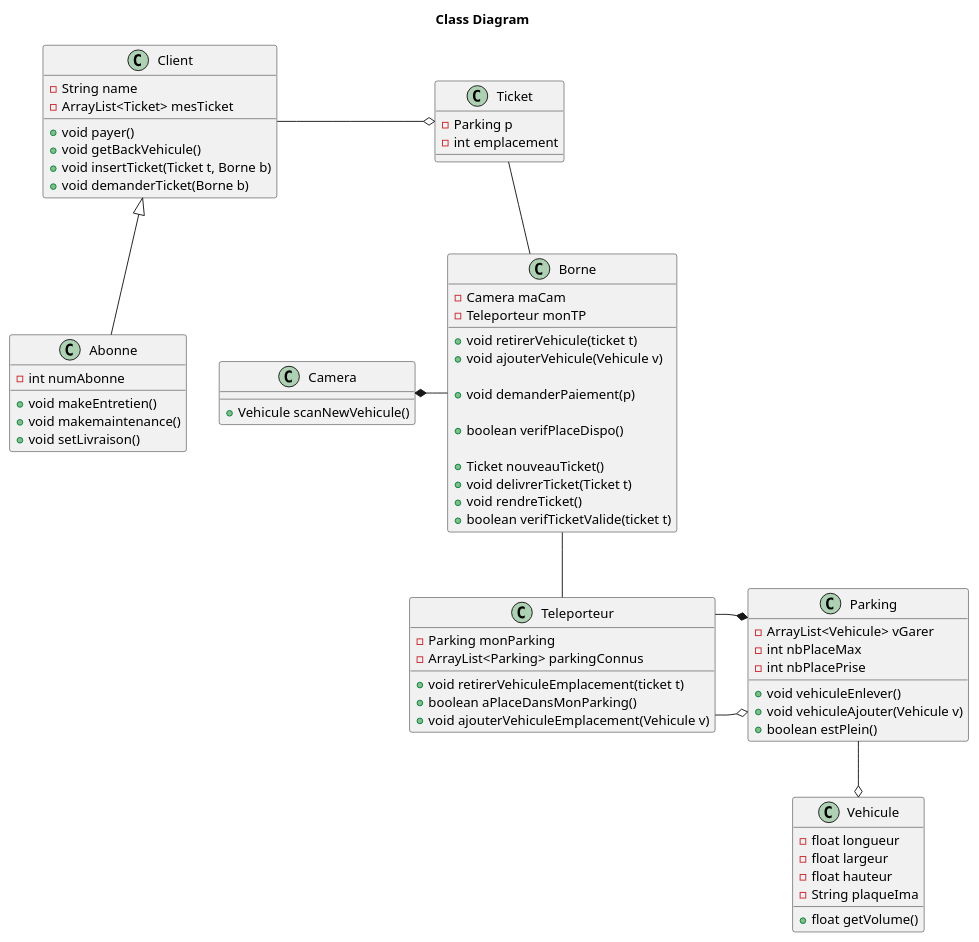
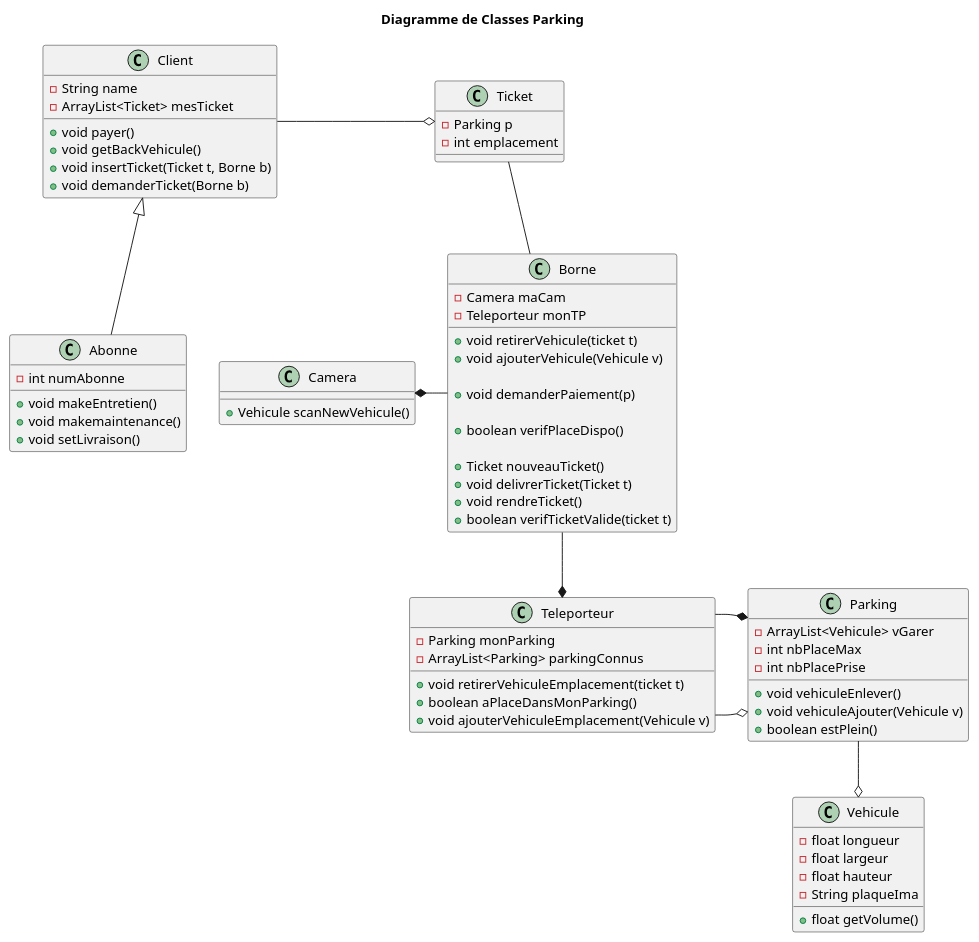
Before and after one commit to YoannGa/PTUT2018: the diagram in Documentation/class.pu, drawn with PlantUML. The commit also changed 1 other file, not shown here.

```diff
--- a/Documentation/class.pu
+++ b/Documentation/class.pu
@@ -1,84 +1,84 @@
 @startuml
 
-title Class Diagram
+title Diagramme de Classes Parking
 
 
 class Client {
   - String name
   - ArrayList<Ticket> mesTicket
   +void payer()
   +void getBackVehicule()
   +void insertTicket(Ticket t, Borne b)
   + void demanderTicket(Borne b)
 }
 
 class Abonne {
   -int numAbonne
   +void makeEntretien()
   +void makemaintenance()
   +void setLivraison()
 }
 
 class Teleporteur{
   -Parking monParking
   -ArrayList<Parking> parkingConnus
   + void retirerVehiculeEmplacement(ticket t)
   + boolean aPlaceDansMonParking()
   + void ajouterVehiculeEmplacement(Vehicule v)
 }
 
 class Parking{
   - ArrayList<Vehicule> vGarer
   - int nbPlaceMax
   - int nbPlacePrise
   + void vehiculeEnlever()
   + void vehiculeAjouter(Vehicule v)
   + boolean estPlein()
 }
 
 class Borne{
   -Camera maCam
   -Teleporteur monTP
 
   + void retirerVehicule(ticket t)
   + void ajouterVehicule(Vehicule v)
 
   + void demanderPaiement(p)
 
   + boolean verifPlaceDispo()
 
   + Ticket nouveauTicket()
   + void delivrerTicket(Ticket t)
   + void rendreTicket()
   + boolean verifTicketValide(ticket t)
 
 }
 
 class Camera{
   +Vehicule scanNewVehicule()
 
 }
 
 class Vehicule{
   -float longueur
   -float largeur
   -float hauteur
   -String plaqueIma
   +float getVolume()
 }
 
 class Ticket{
   -Parking p
   -int emplacement
 }
 
 Parking --o Vehicule
 Ticket -- Borne
 Client -o Ticket
 Client <|-- Abonne
-Borne -- Teleporteur
+Borne --* Teleporteur
 Camera *- Borne
 Teleporteur -o Parking
 Teleporteur -* Parking
 
 @enduml
```
